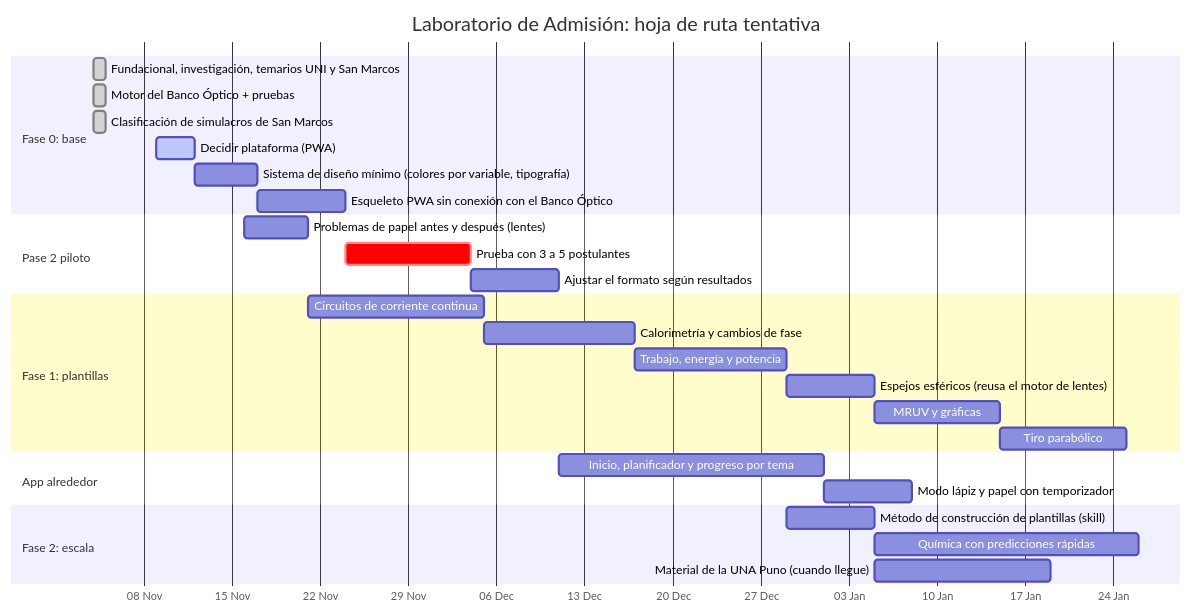
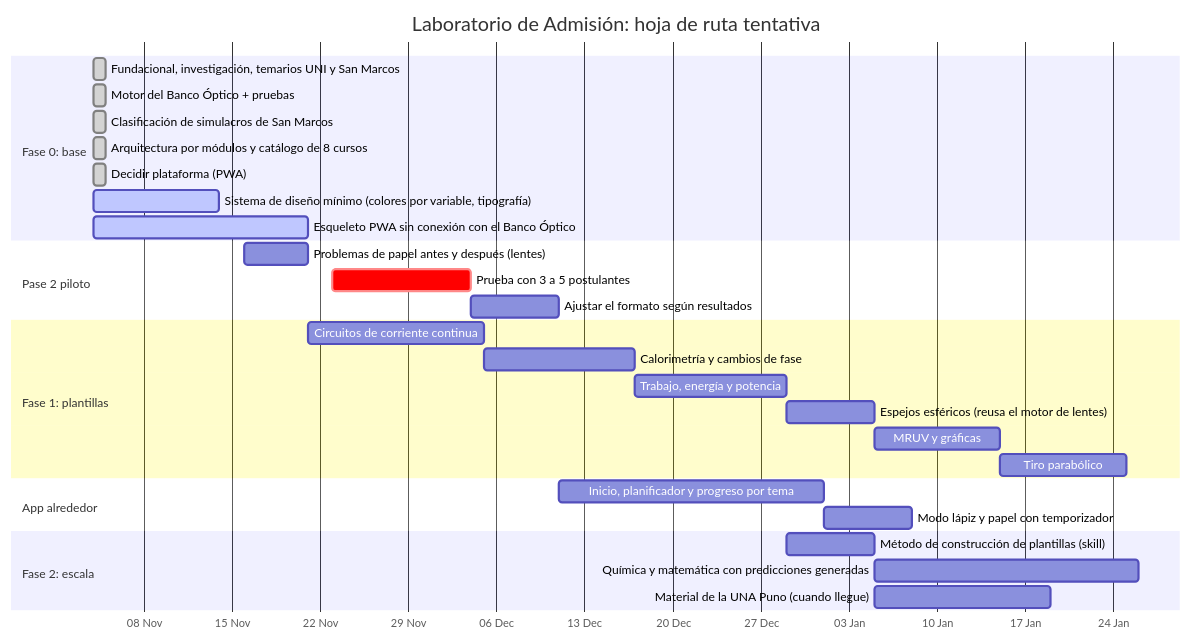
Before and after one commit to Eltiokarma/Mesa-de-Estudios: the diagram in docs/hoja-de-ruta.md, drawn with Mermaid. The commit also changed other lines of this file and 21 other files, not shown here.

First line of the commit message:
PWA sin conexión, Gantt editable en localhost y servidor local

````diff
--- a/docs/hoja-de-ruta.md
+++ b/docs/hoja-de-ruta.md
@@ -22,36 +30,37 @@
 ```mermaid
 gantt
     title Laboratorio de Admisión: hoja de ruta tentativa
     dateFormat  YYYY-MM-DD
     axisFormat  %d %b
 
     section Fase 0: base
-    Fundacional, investigación, temarios UNI y San Marcos  :done,    f0a, 2026-11-04, 1d
-    Motor del Banco Óptico + pruebas                       :done,    f0b, 2026-11-04, 1d
-    Clasificación de simulacros de San Marcos              :done,    f0c, 2026-11-04, 1d
-    Decidir plataforma (PWA)                               :active,  f0d, 2026-11-09, 3d
-    Sistema de diseño mínimo (colores por variable, tipografía) :    f0e, after f0d, 5d
-    Esqueleto PWA sin conexión con el Banco Óptico          :        f0f, after f0e, 7d
+    Fundacional, investigación, temarios UNI y San Marcos :done, f0a, 2026-11-04, 2026-11-05
+    Motor del Banco Óptico + pruebas :done, f0b, 2026-11-04, 2026-11-05
+    Clasificación de simulacros de San Marcos :done, f0c, 2026-11-04, 2026-11-05
+    Arquitectura por módulos y catálogo de 8 cursos :done, f0g, 2026-11-04, 2026-11-05
+    Decidir plataforma (PWA) :done, f0d, 2026-11-04, 2026-11-05
+    Sistema de diseño mínimo (colores por variable, tipografía) :active, f0e, 2026-11-04, 2026-11-14
+    Esqueleto PWA sin conexión con el Banco Óptico :active, f0f, 2026-11-04, 2026-11-21
 
     section Pase 2 piloto
-    Problemas de papel antes y después (lentes)            :         p2a, 2026-11-16, 5d
-    Prueba con 3 a 5 postulantes                            :crit,   p2b, after f0f, 10d
-    Ajustar el formato según resultados                     :        p2c, after p2b, 7d
+    Problemas de papel antes y después (lentes) :p2a, 2026-11-16, 2026-11-21
+    Prueba con 3 a 5 postulantes :crit, p2b, 2026-11-23, 2026-12-04
+    Ajustar el formato según resultados :p2c, 2026-12-04, 2026-12-11
 
     section Fase 1: plantillas
-    Circuitos de corriente continua                         :        f1a, after p2a, 14d
-    Calorimetría y cambios de fase                          :        f1b, after f1a, 12d
-    Trabajo, energía y potencia                             :        f1c, after f1b, 12d
-    Espejos esféricos (reusa el motor de lentes)            :        f1d, after f1c, 7d
-    MRUV y gráficas                                         :        f1e, after f1d, 10d
-    Tiro parabólico                                         :        f1f, after f1e, 10d
+    Circuitos de corriente continua :f1a, 2026-11-21, 2026-12-05
+    Calorimetría y cambios de fase :f1b, 2026-12-05, 2026-12-17
+    Trabajo, energía y potencia :f1c, 2026-12-17, 2026-12-29
+    Espejos esféricos (reusa el motor de lentes) :f1d, 2026-12-29, 2027-01-05
+    MRUV y gráficas :f1e, 2027-01-05, 2027-01-15
+    Tiro parabólico :f1f, 2027-01-15, 2027-01-25
 
     section App alrededor
-    Inicio, planificador y progreso por tema                :        apa, after p2c, 21d
-    Modo lápiz y papel con temporizador                     :        apb, after apa, 7d
+    Inicio, planificador y progreso por tema :apa, 2026-12-11, 2027-01-01
+    Modo lápiz y papel con temporizador :apb, 2027-01-01, 2027-01-08
 
     section Fase 2: escala
-    Método de construcción de plantillas (skill)            :        f2a, after f1c, 7d
-    Química con predicciones rápidas                        :        f2b, after f2a, 21d
-    Material de la UNA Puno (cuando llegue)                 :        f2c, after f2a, 14d
+    Método de construcción de plantillas (skill) :f2a, 2026-12-29, 2027-01-05
+    Química y matemática con predicciones generadas :f2b, 2027-01-05, 2027-01-26
+    Material de la UNA Puno (cuando llegue) :f2c, 2027-01-05, 2027-01-19
 ```
````
